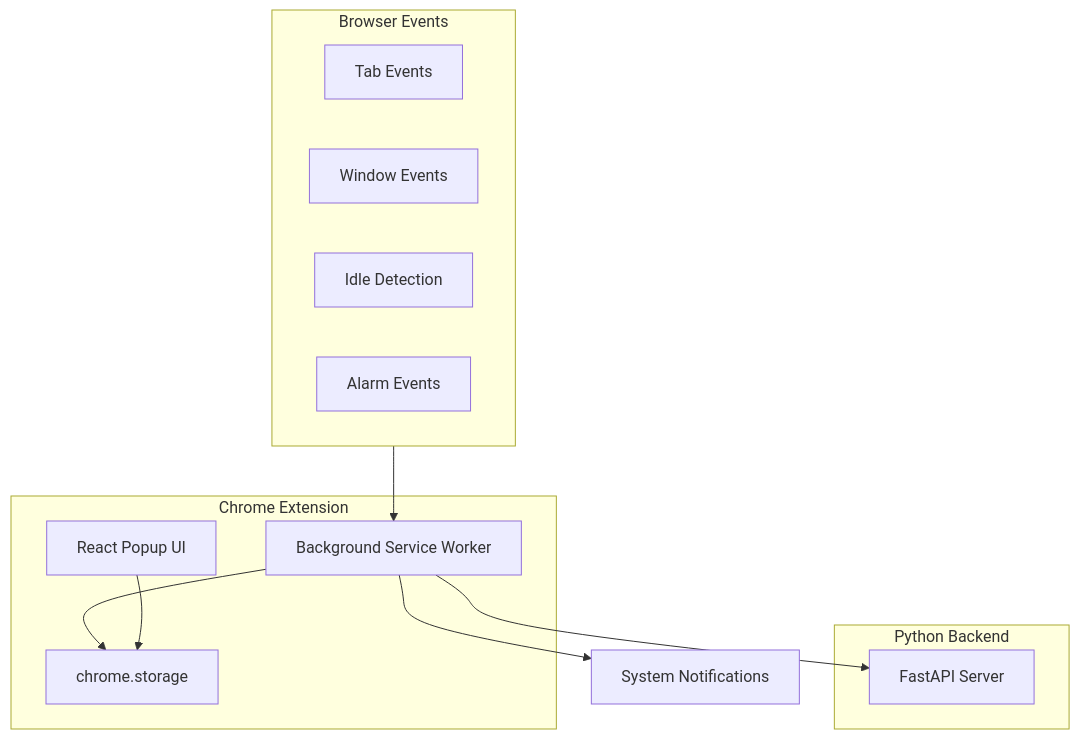
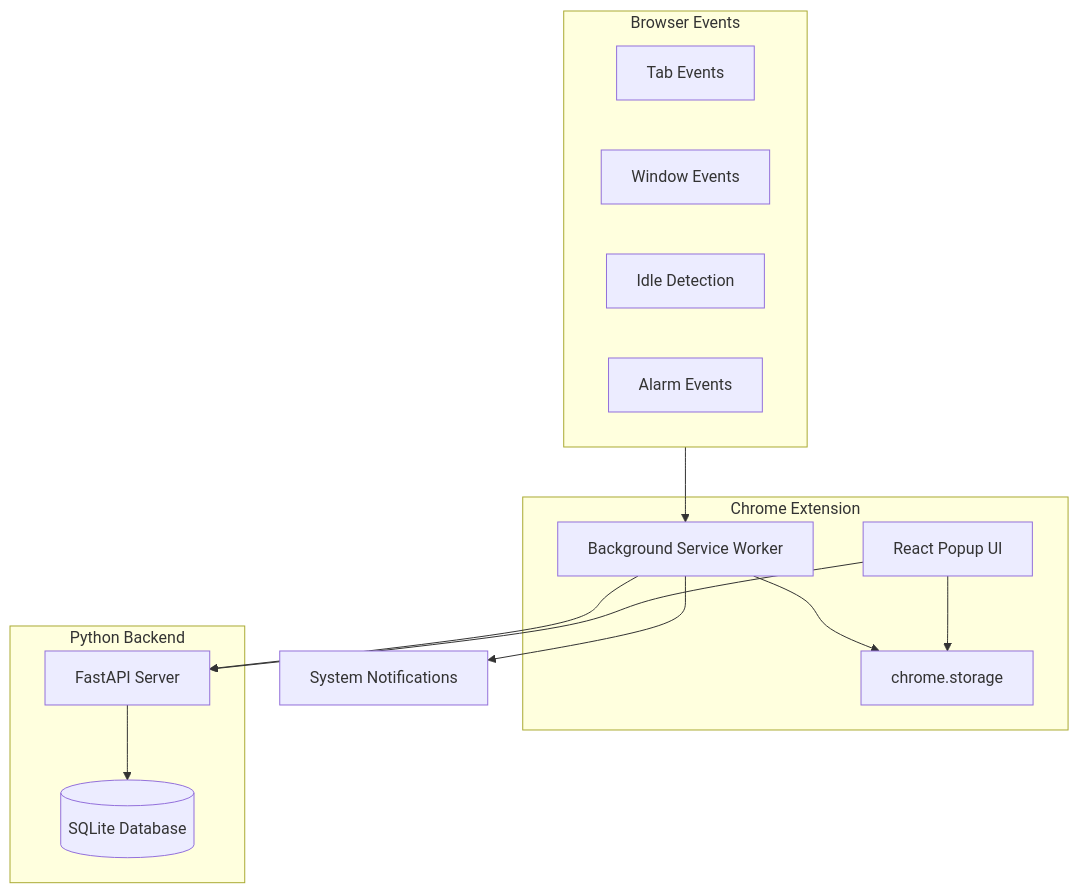
The first of 6 diagrams in README.md (MilesLe/website_tracker_chrome_extension), drawn with Mermaid before and after one commit. The commit also changed other lines of this file and 54 other files, not shown here.

````diff
--- a/README.md
+++ b/README.md
@@ -50,25 +102,28 @@
 ```mermaid
 graph TB
     subgraph Extension["Chrome Extension"]
         SW[Background Service Worker]
         Popup[React Popup UI]
         Storage[chrome.storage]
     end
     
     subgraph Browser["Browser Events"]
         Tabs[Tab Events]
         Windows[Window Events]
         Idle[Idle Detection]
         Alarms[Alarm Events]
     end
     
     subgraph Backend["Python Backend"]
         API[FastAPI Server]
+        DB[(SQLite Database)]
     end
     
     Browser --> SW
     SW --> Storage
     Popup --> Storage
     SW --> API
     SW --> Notifications[System Notifications]
+    API --> DB
+    Popup --> API
 ```
````
